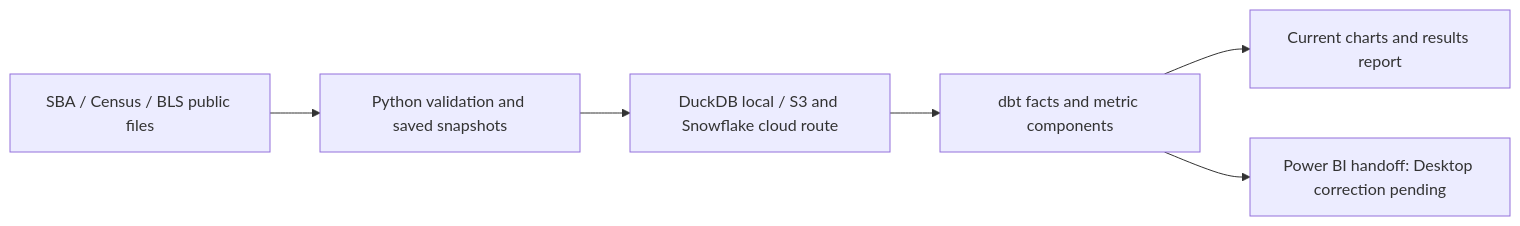
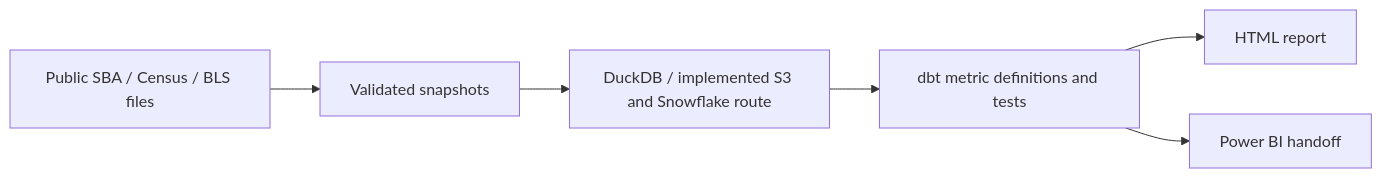
Before and after one commit to stevennitesh/small-business-lending-pipeline: the diagram in README.md, drawn with Mermaid. The commit also changed other lines of this file and 19 other files, not shown here.

````diff
--- a/README.md
+++ b/README.md
@@ -70,8 +37,8 @@
 ```mermaid
 flowchart LR
-    S[SBA / Census / BLS public files] --> V[Python validation and saved snapshots]
-    V --> D[DuckDB local / S3 and Snowflake cloud route]
-    D --> T[dbt facts and metric components]
-    T --> C[Current charts and results report]
-    T --> P[Power BI handoff: Desktop correction pending]
+    S[Public SBA / Census / BLS files] --> V[Validated snapshots]
+    V --> D[DuckDB / implemented S3 and Snowflake route]
+    D --> T[dbt metric definitions and tests]
+    T --> H[HTML report]
+    T --> P[Power BI handoff]
 ```
````
